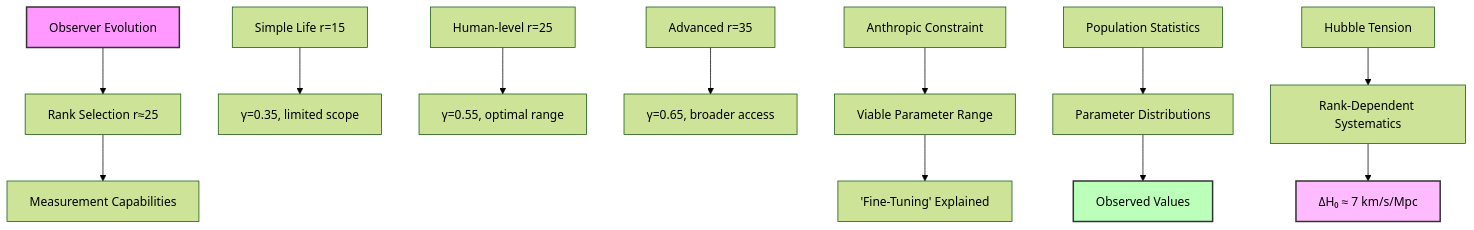
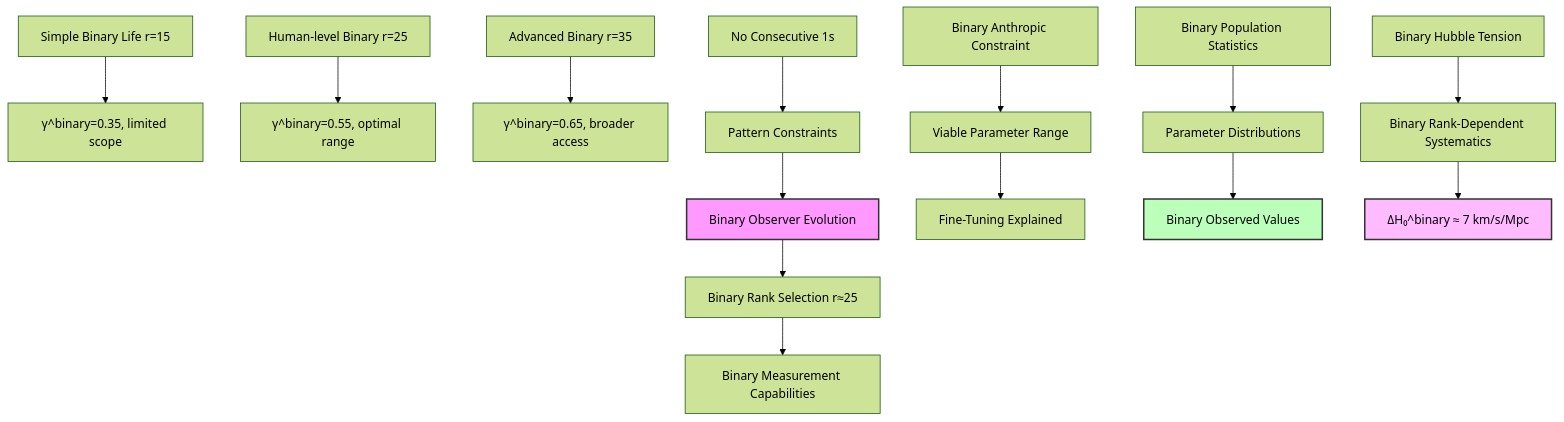
Before and after one commit to loning/the-phys: the second of 3 diagrams in docs/psi-constants/part-04-collapse-cosmology/chapter-063-statistical-collapse-constants-observer-populations.md, drawn with Mermaid (forest theme). The commit also changed other lines of this file and 3 other files, not shown here.

````diff
--- a/docs/psi-constants/part-04-collapse-cosmology/chapter-063-statistical-collapse-constants-observer-populations.md
+++ b/docs/psi-constants/part-04-collapse-cosmology/chapter-063-statistical-collapse-constants-observer-populations.md
@@ -343,22 +359,25 @@
 ```mermaid
 graph TD
-    A["Observer Evolution"] --> B["Rank Selection r≈25"]
-    B --> C["Measurement Capabilities"]
+    A["Binary Observer Evolution"] --> B["Binary Rank Selection r≈25"]
+    B --> C["Binary Measurement Capabilities"]
     
-    D["Simple Life r=15"] --> E["γ=0.35, limited scope"]
-    F["Human-level r=25"] --> G["γ=0.55, optimal range"]
-    H["Advanced r=35"] --> I["γ=0.65, broader access"]
+    D["Simple Binary Life r=15"] --> E["γ^binary=0.35, limited scope"]
+    F["Human-level Binary r=25"] --> G["γ^binary=0.55, optimal range"]
+    H["Advanced Binary r=35"] --> I["γ^binary=0.65, broader access"]
     
-    J["Anthropic Constraint"] --> K["Viable Parameter Range"]
-    K --> L["'Fine-Tuning' Explained"]
+    J["Binary Anthropic Constraint"] --> K["Viable Parameter Range"]
+    K --> L["Fine-Tuning Explained"]
     
-    M["Population Statistics"] --> N["Parameter Distributions"]
-    N --> O["Observed Values"]
+    M["Binary Population Statistics"] --> N["Parameter Distributions"]
+    N --> O["Binary Observed Values"]
     
-    P["Hubble Tension"] --> Q["Rank-Dependent Systematics"]
-    Q --> R["ΔH₀ ≈ 7 km/s/Mpc"]
+    P["Binary Hubble Tension"] --> Q["Binary Rank-Dependent Systematics"]
+    Q --> R["ΔH₀^binary ≈ 7 km/s/Mpc"]
+    
+    S["No Consecutive 1s"] --> T["Pattern Constraints"]
+    T --> A
     
     style A fill:#f9f,stroke:#333,stroke-width:2px
     style O fill:#bfb,stroke:#333,stroke-width:2px
     style R fill:#fbf,stroke:#333,stroke-width:2px
 ```
````
